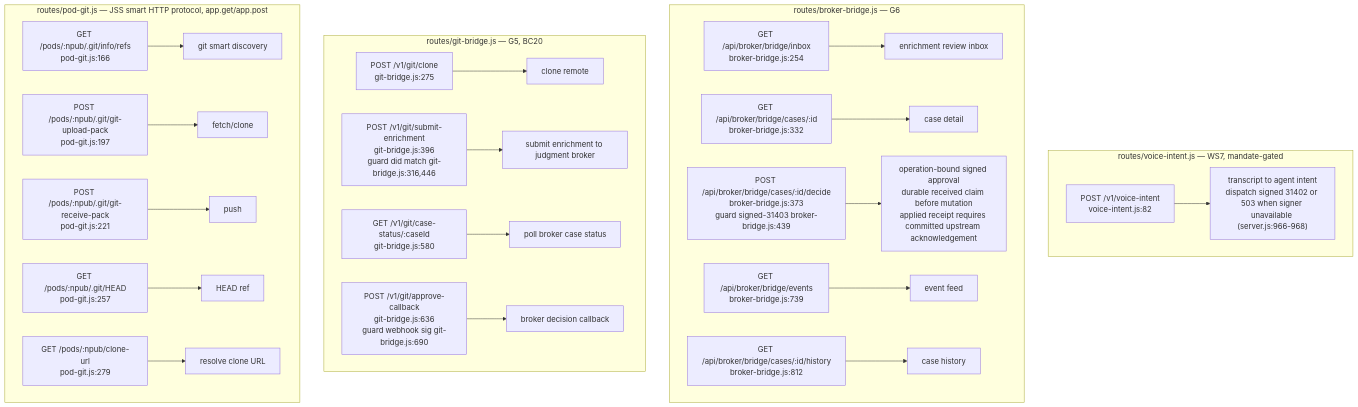
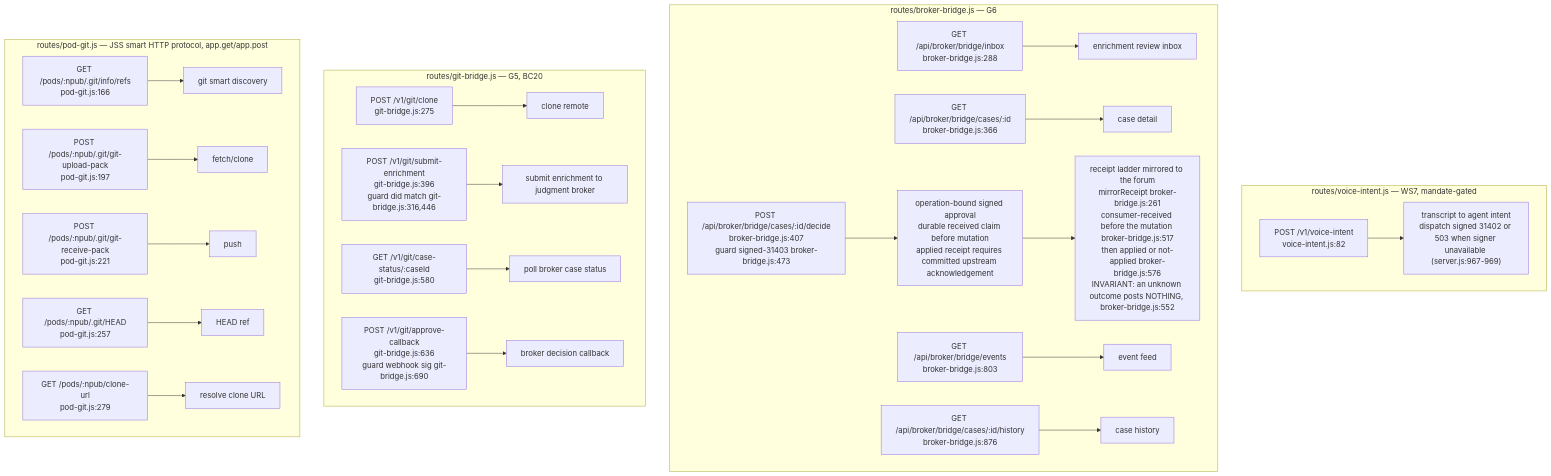
One commit to DreamLab-AI/VisionFlow changed diagram 11 of 17 in docs/diagrams/agentbox/03-management-api-request-lifecycle.md. Above: the diagram before and after it, drawn with Mermaid. The commit also changed other lines of this file and 28 other files, not shown here.

````diff
--- a/docs/diagrams/agentbox/03-management-api-request-lifecycle.md
+++ b/docs/diagrams/agentbox/03-management-api-request-lifecycle.md
@@ -425,26 +426,27 @@
 ```mermaid
 flowchart TD
     subgraph vi["routes/voice-intent.js — WS7, mandate-gated"]
-        VI1["POST /v1/voice-intent<br/>voice-intent.js:82"] --> VIH1["transcript to agent intent<br/>dispatch signed 31402 or 503 when signer unavailable (server.js:966-968)"]
+        VI1["POST /v1/voice-intent<br/>voice-intent.js:82"] --> VIH1["transcript to agent intent<br/>dispatch signed 31402 or 503 when signer unavailable (server.js:967-969)"]
     end
     subgraph bb["routes/broker-bridge.js — G6"]
-        BB1["GET /api/broker/bridge/inbox<br/>broker-bridge.js:254"] --> BBH1["enrichment review inbox"]
-        BB2["GET /api/broker/bridge/cases/:id<br/>broker-bridge.js:332"] --> BBH2["case detail"]
-        BB3["POST /api/broker/bridge/cases/:id/decide<br/>broker-bridge.js:373<br/>guard signed-31403 broker-bridge.js:439"] --> BBH3["operation-bound signed approval<br/>durable received claim before mutation<br/>applied receipt requires committed upstream acknowledgement"]
-        BB4["GET /api/broker/bridge/events<br/>broker-bridge.js:739"] --> BBH4["event feed"]
-        BB5["GET /api/broker/bridge/cases/:id/history<br/>broker-bridge.js:812"] --> BBH5["case history"]
+        BB1["GET /api/broker/bridge/inbox<br/>broker-bridge.js:288"] --> BBH1["enrichment review inbox"]
+        BB2["GET /api/broker/bridge/cases/:id<br/>broker-bridge.js:366"] --> BBH2["case detail"]
+        BB3["POST /api/broker/bridge/cases/:id/decide<br/>broker-bridge.js:407<br/>guard signed-31403 broker-bridge.js:473"] --> BBH3["operation-bound signed approval<br/>durable received claim before mutation<br/>applied receipt requires committed upstream acknowledgement"]
+        BBH3 --> BBH3B["receipt ladder mirrored to the forum<br/>mirrorReceipt broker-bridge.js:261<br/>consumer-received before the mutation broker-bridge.js:517<br/>then applied or not-applied broker-bridge.js:576<br/>INVARIANT: an unknown outcome posts NOTHING, broker-bridge.js:552"]
+        BB4["GET /api/broker/bridge/events<br/>broker-bridge.js:803"] --> BBH4["event feed"]
+        BB5["GET /api/broker/bridge/cases/:id/history<br/>broker-bridge.js:876"] --> BBH5["case history"]
     end
     subgraph gb["routes/git-bridge.js — G5, BC20"]
         GB1["POST /v1/git/clone<br/>git-bridge.js:275"] --> GBH1["clone remote"]
         GB2["POST /v1/git/submit-enrichment<br/>git-bridge.js:396<br/>guard did match git-bridge.js:316,446"] --> GBH2["submit enrichment to judgment broker"]
         GB3["GET /v1/git/case-status/:caseId<br/>git-bridge.js:580"] --> GBH3["poll broker case status"]
         GB4["POST /v1/git/approve-callback<br/>git-bridge.js:636<br/>guard webhook sig git-bridge.js:690"] --> GBH4["broker decision callback"]
     end
     subgraph pg["routes/pod-git.js — JSS smart HTTP protocol, app.get/app.post"]
         PG1["GET /pods/:npub/.git/info/refs<br/>pod-git.js:166"] --> PGH1["git smart discovery"]
         PG2["POST /pods/:npub/.git/git-upload-pack<br/>pod-git.js:197"] --> PGH2["fetch/clone"]
         PG3["POST /pods/:npub/.git/git-receive-pack<br/>pod-git.js:221"] --> PGH3["push"]
         PG4["GET /pods/:npub/.git/HEAD<br/>pod-git.js:257"] --> PGH4["HEAD ref"]
         PG5["GET /pods/:npub/clone-url<br/>pod-git.js:279"] --> PGH5["resolve clone URL"]
     end
 ```
````
